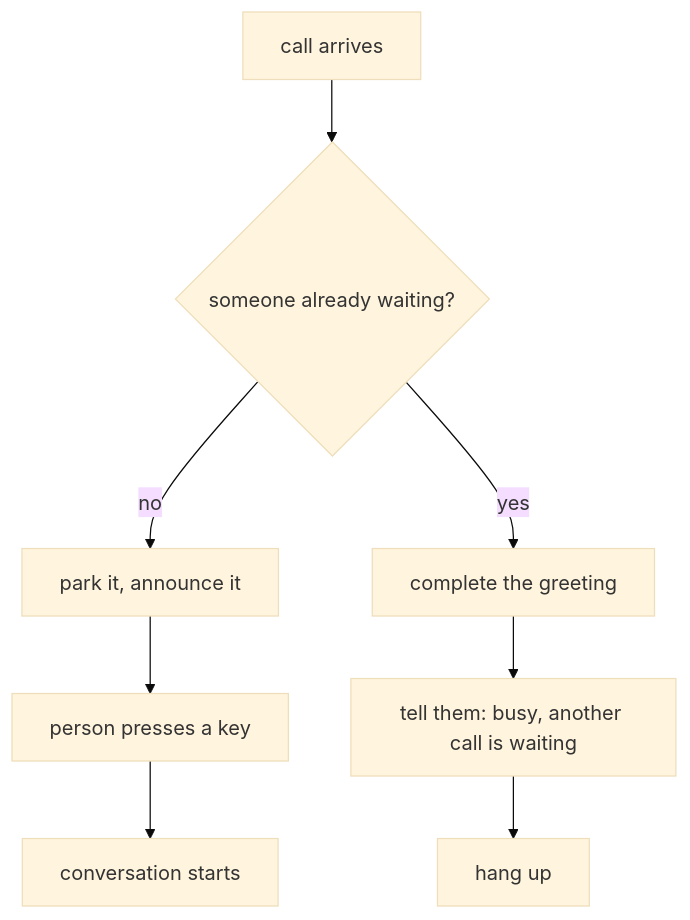
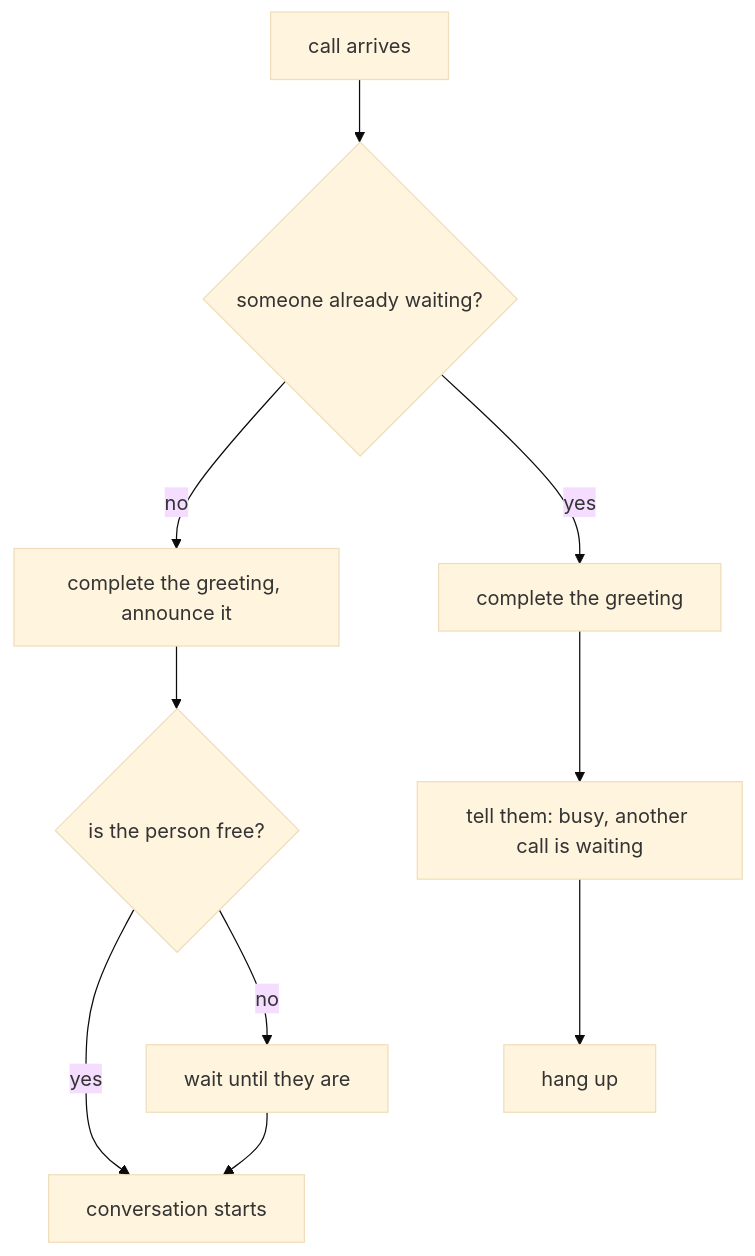
Before and after one commit to Serajian/homa: the second of 6 diagrams in README.md, drawn with Mermaid (base theme). The commit also changed other lines of this file and 11 other files, not shown here.

````diff
--- a/README.md
+++ b/README.md
@@ -188,10 +191,12 @@
 ```mermaid
 flowchart TD
     A[call arrives] --> B{someone already waiting?}
-    B -- no --> C[park it, announce it]
-    C --> D[person presses a key]
-    D --> E[conversation starts]
+    B -- no --> C[complete the greeting, announce it]
+    C --> D{is the person free?}
+    D -- yes --> E[conversation starts]
+    D -- no --> I[wait until they are]
+    I --> E
     B -- yes --> F[complete the greeting]
     F --> G["tell them: busy, another call is waiting"]
     G --> H[hang up]
 ```
````
